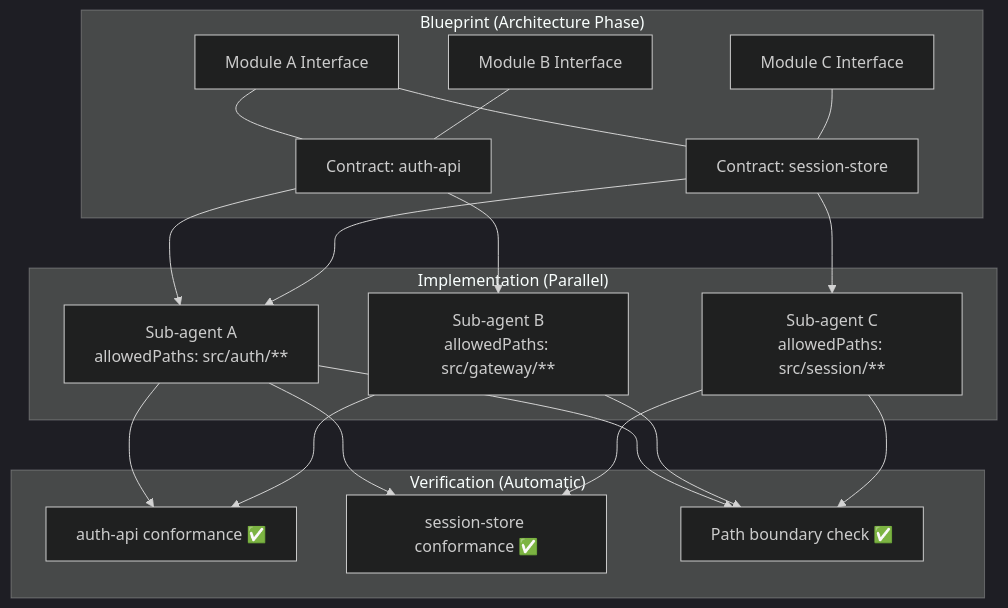
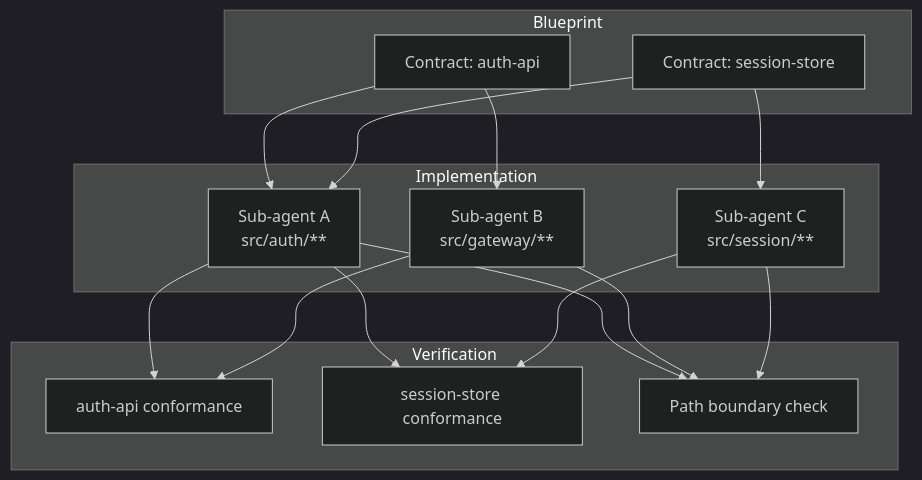
The third of 3 diagrams in README.md (mir-makeitreal/makeitreal), drawn with Mermaid (dark theme) before and after one commit. The commit also changed other lines of this file and 19 other files, not shown here.

````diff
--- a/README.md
+++ b/README.md
@@ -143,33 +158,28 @@
 ```mermaid
 flowchart TB
-    subgraph Blueprint["Blueprint (Architecture Phase)"]
-        A1["Module A Interface"] --- C1["Contract: auth-api"]
-        A2["Module B Interface"] --- C1
-        A1 --- C2["Contract: session-store"]
-        A3["Module C Interface"] --- C2
+    subgraph Blueprint
+        C1["Contract: auth-api"]
+        C2["Contract: session-store"]
     end
-
-    subgraph Implementation["Implementation (Parallel)"]
-        S1["Sub-agent A<br/>allowedPaths: src/auth/**"]
-        S2["Sub-agent B<br/>allowedPaths: src/gateway/**"]
-        S3["Sub-agent C<br/>allowedPaths: src/session/**"]
+    subgraph Implementation
+        S1["Sub-agent A<br/>src/auth/**"]
+        S2["Sub-agent B<br/>src/gateway/**"]
+        S3["Sub-agent C<br/>src/session/**"]
     end
-
-    subgraph Verification["Verification (Automatic)"]
-        T1["auth-api conformance ✅"]
-        T2["session-store conformance ✅"]
-        T3["Path boundary check ✅"]
+    subgraph Verification
+        T1["auth-api conformance"]
+        T2["session-store conformance"]
+        T3["Path boundary check"]
     end
-
     C1 --> S1
     C1 --> S2
     C2 --> S1
     C2 --> S3
     S1 --> T1
     S2 --> T1
     S1 --> T2
     S3 --> T2
     S1 --> T3
     S2 --> T3
     S3 --> T3
 ```
````
